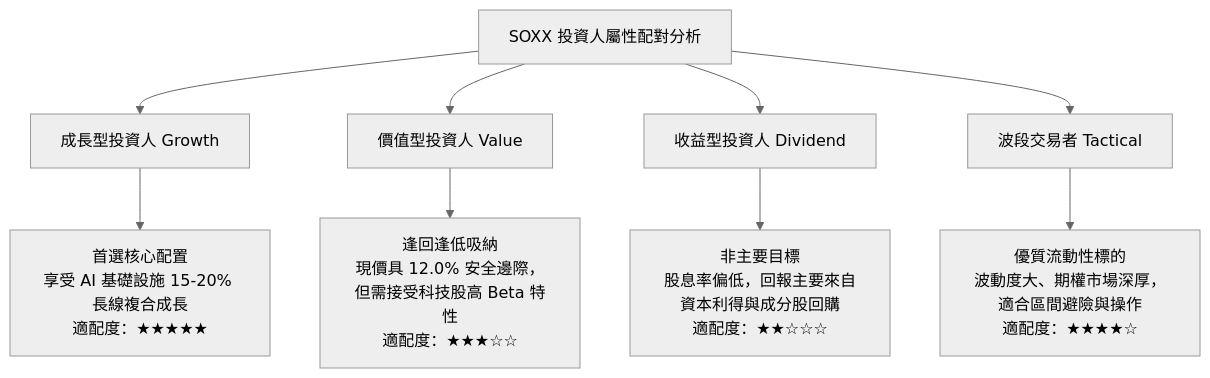
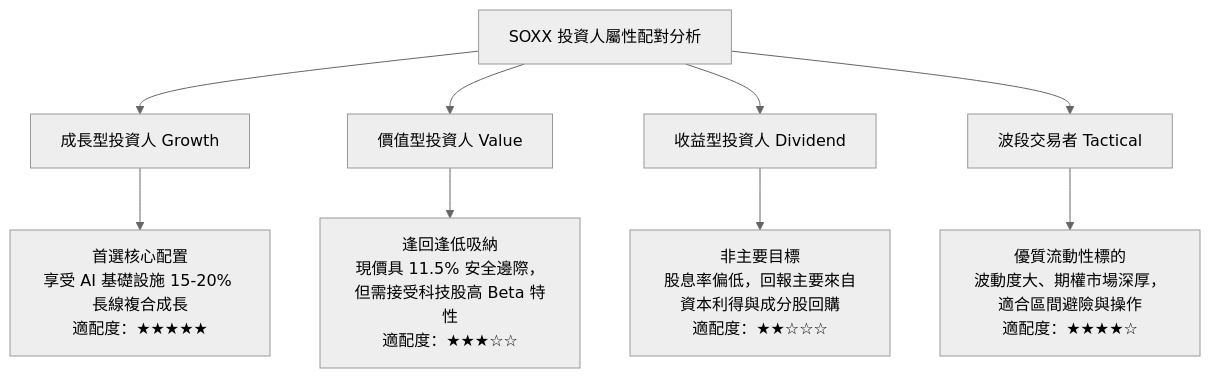
One commit to yennanliu/finance_data changed diagram 15 of 15 in ai_gen_report/fundamental/soxx/fundamental_analysis_2026-10-16_gemini.md. Above: the diagram before and after it, drawn with Mermaid (neutral theme). The commit also changed other lines of this file and 339 other files, not shown here.

````diff
--- a/ai_gen_report/fundamental/soxx/fundamental_analysis_2026-10-16_gemini.md
+++ b/ai_gen_report/fundamental/soxx/fundamental_analysis_2026-10-16_gemini.md
@@ -1073,14 +1088,14 @@
 ```mermaid
 graph TD
     INV["SOXX 投資人屬性配對分析"]
 
     INV --> G["成長型投資人 Growth"]
     INV --> V["價值型投資人 Value"]
     INV --> D["收益型投資人 Dividend"]
     INV --> T["波段交易者 Tactical"]
 
     G --> G1["首選核心配置<br/>享受 AI 基礎設施 15-20% 長線複合成長<br/>適配度：★★★★★"]
-    V --> V1["逢回逢低吸納<br/>現價具 12.0% 安全邊際，但需接受科技股高 Beta 特性<br/>適配度：★★★☆☆"]
+    V --> V1["逢回逢低吸納<br/>現價具 11.5% 安全邊際，但需接受科技股高 Beta 特性<br/>適配度：★★★☆☆"]
     D --> D1["非主要目標<br/>股息率偏低，回報主要來自資本利得與成分股回購<br/>適配度：★★☆☆☆"]
     T --> T1["優質流動性標的<br/>波動度大、期權市場深厚，適合區間避險與操作<br/>適配度：★★★★☆"]
 ```
````
